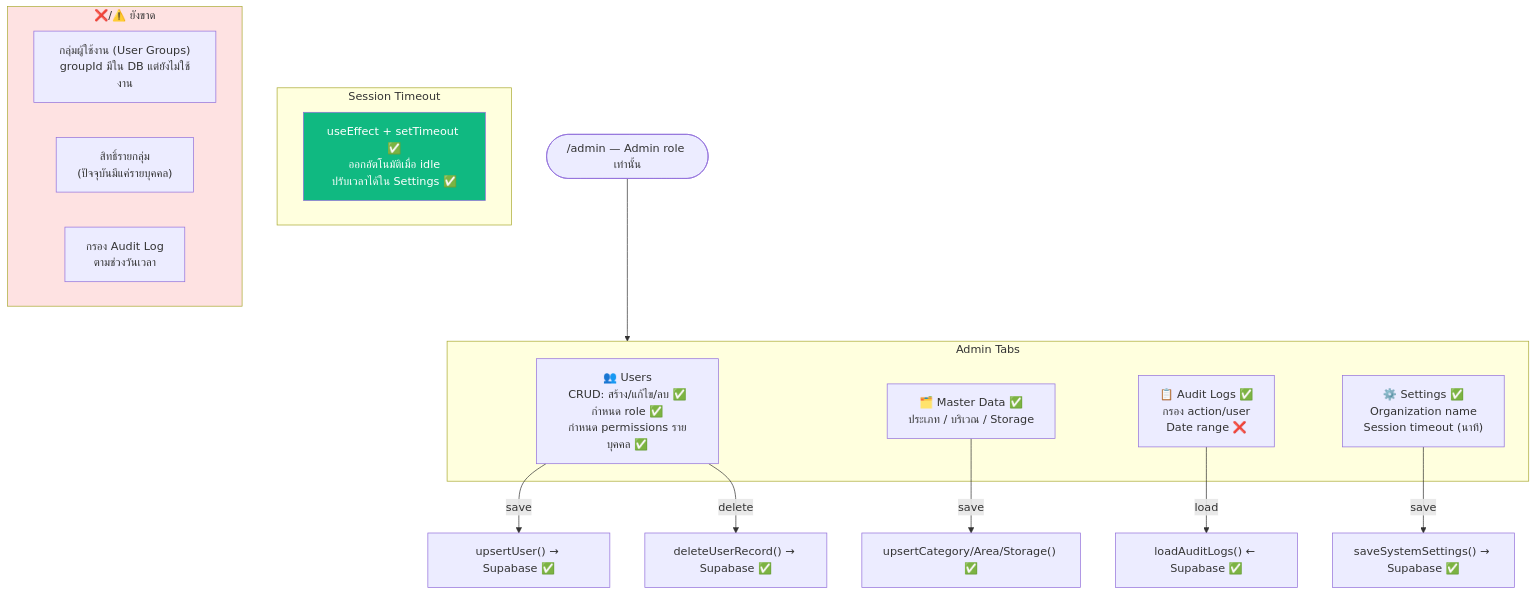
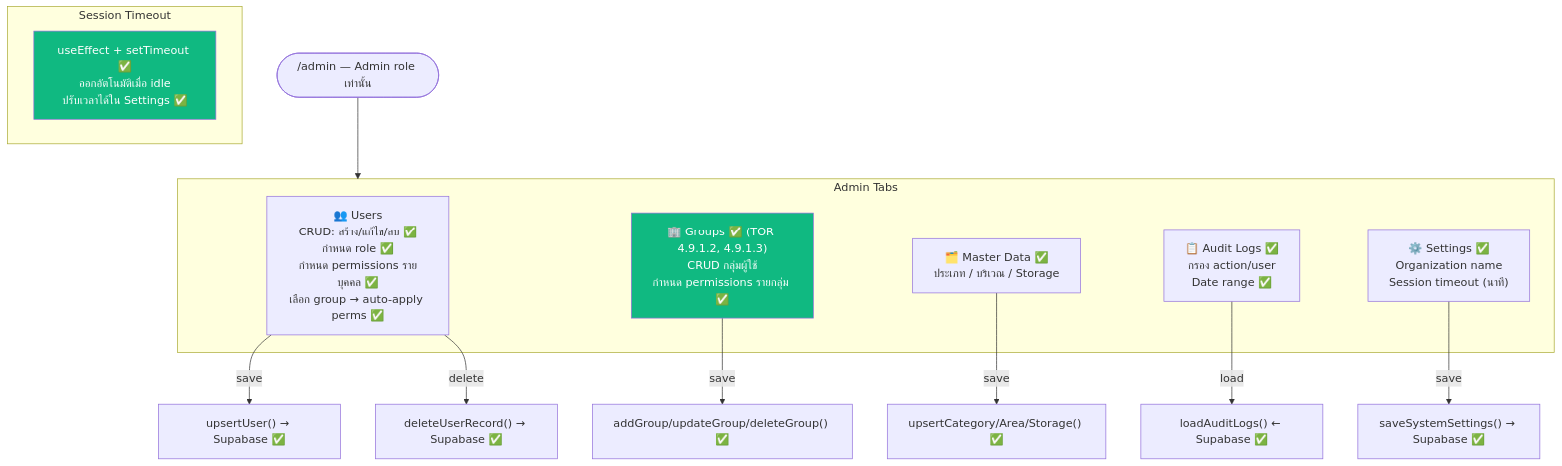
Before and after one commit to sujittrapankaraket-sketch/CNI-Property-Lost-Found-Management-System: diagram 13 of 19 in WORKFLOW_DATAFLOW.md, drawn with Mermaid. The commit also changed other lines of this file and 4 other files, not shown here.

````diff
--- a/WORKFLOW_DATAFLOW.md
+++ b/WORKFLOW_DATAFLOW.md
@@ -420,30 +424,26 @@
 ```mermaid
 flowchart TD
     ADMIN(["/admin — Admin role เท่านั้น"]) --> TABS
 
     subgraph TABS["Admin Tabs"]
-        U["👥 Users\nCRUD: สร้าง/แก้ไข/ลบ ✅\nกำหนด role ✅\nกำหนด permissions รายบุคคล ✅"]
+        U["👥 Users\nCRUD: สร้าง/แก้ไข/ลบ ✅\nกำหนด role ✅\nกำหนด permissions รายบุคคล ✅\nเลือก group → auto-apply perms ✅"]
+        GRP["🏢 Groups ✅ (TOR 4.9.1.2, 4.9.1.3)\nCRUD กลุ่มผู้ใช้\nกำหนด permissions รายกลุ่ม ✅"]
         M["🗂️ Master Data ✅\nประเภท / บริเวณ / Storage"]
-        AL["📋 Audit Logs ✅\nกรอง action/user\nDate range ❌"]
+        AL["📋 Audit Logs ✅\nกรอง action/user\nDate range ✅"]
         S["⚙️ Settings ✅\nOrganization name\nSession timeout (นาที)"]
     end
 
     U -->|"save"| SU["upsertUser() → Supabase ✅"]
     U -->|"delete"| DU["deleteUserRecord() → Supabase ✅"]
+    GRP -->|"save"| SG["addGroup/updateGroup/deleteGroup() ✅"]
     M -->|"save"| SM["upsertCategory/Area/Storage() ✅"]
     AL -->|"load"| LA["loadAuditLogs() ← Supabase ✅"]
     S -->|"save"| SS["saveSystemSettings() → Supabase ✅"]
 
     subgraph SESSION["Session Timeout"]
         ST["useEffect + setTimeout ✅\nออกอัตโนมัติเมื่อ idle\nปรับเวลาได้ใน Settings ✅"]
     end
 
-    subgraph MISSING["❌/⚠️ ยังขาด"]
-        G1["กลุ่มผู้ใช้งาน (User Groups)\ngroupId มีใน DB แต่ยังไม่ใช้งาน"]
-        G2["สิทธิ์รายกลุ่ม\n(ปัจจุบันมีแค่รายบุคคล)"]
-        G3["กรอง Audit Log\nตามช่วงวันเวลา"]
-    end
-
     style ST fill:#10B981,color:#fff
-    style MISSING fill:#FEE2E2
+    style GRP fill:#10B981,color:#fff
 ```
````
